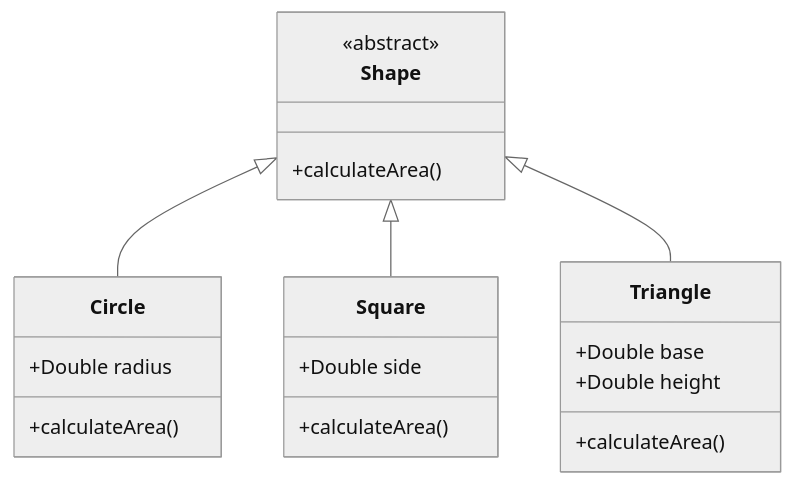
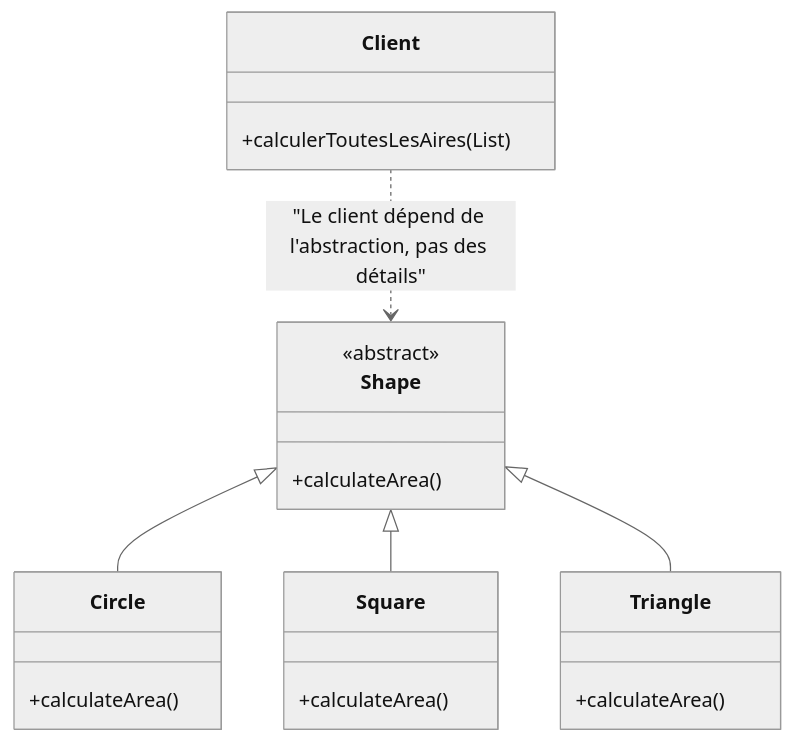
One commit to Mohammedazri/-DevoTeam---Training-POO----Design-Pattern changed the second of 5 diagrams in README.md. Above: the diagram before and after it, drawn with Mermaid (neutral theme). The commit also changed other lines of this file, not shown here.

````diff
--- a/README.md
+++ b/README.md
@@ -63,24 +59,20 @@
 ```mermaid
 classDiagram
+    direction TD
     class Shape{
-        <<abstract>>
-        +calculateArea()
+      <<abstract>>
+      +calculateArea()
     }
-    class Circle{
-        +Double radius
-        +calculateArea()
-    }
-    class Square{
-        +Double side
-        +calculateArea()
-    }
-    class Triangle{
-        +Double base
-        +Double height
-        +calculateArea()
-    }
+    class Circle{ +calculateArea() }
+    class Square{ +calculateArea() }
+    class Triangle{ +calculateArea() }
 
     Shape <|-- Circle
     Shape <|-- Square
     Shape <|-- Triangle
+
+    class Client{
+        +calculerToutesLesAires(List<Shape>)
+    }
+    Client ..> Shape : "Le client dépend de l'abstraction, pas des détails"
 ```
````
